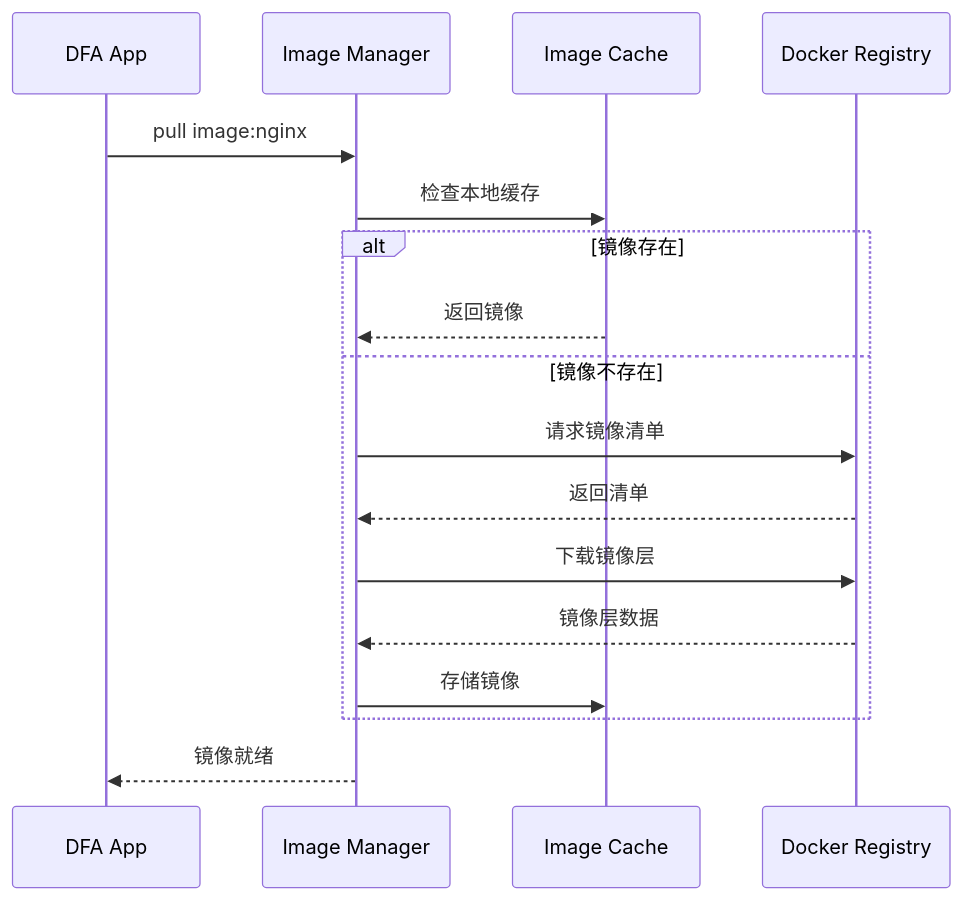
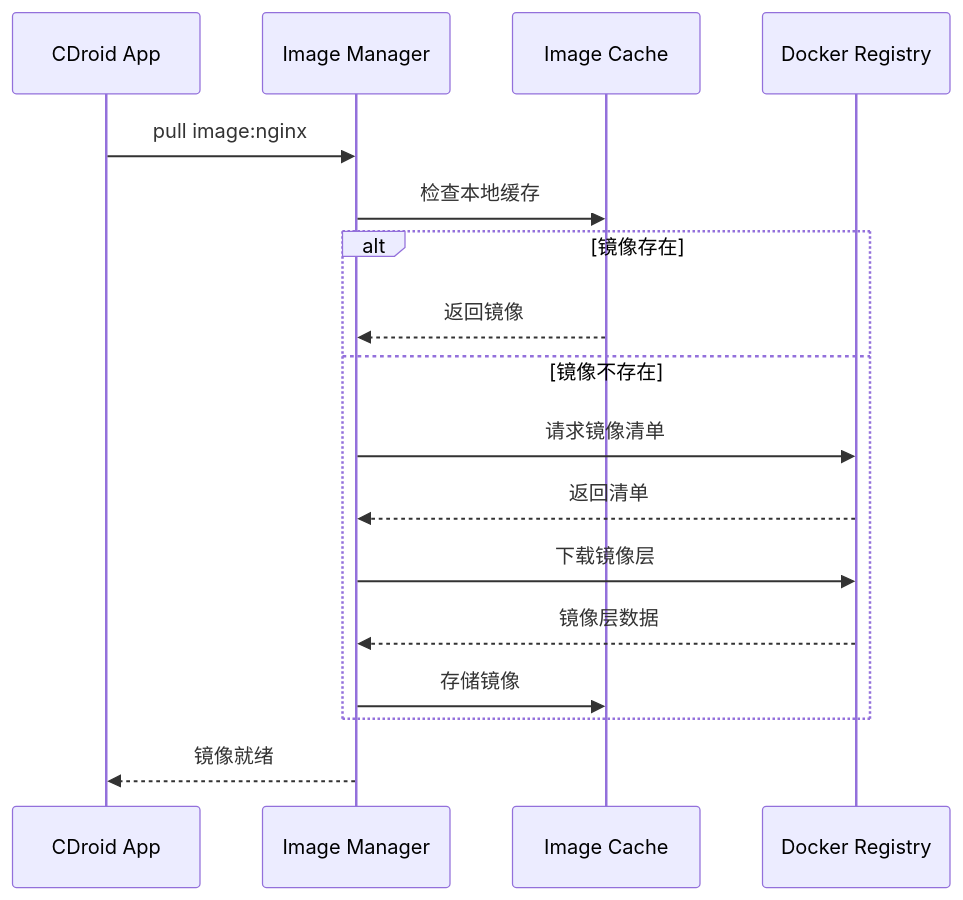
The seventh of 10 diagrams in docs/ARCHITECTURE.md (LineCatOvO/DFA), drawn with Mermaid before and after one commit. The commit also changed other lines of this file and 25 other files, not shown here.

````diff
--- a/docs/ARCHITECTURE.md
+++ b/docs/ARCHITECTURE.md
@@ -294,20 +234,20 @@
 ```mermaid
 sequenceDiagram
-    participant App as DFA App
+    participant App as CDroid App
     participant IM as Image Manager
     participant Cache as Image Cache
     participant Registry as Docker Registry
     
     App->>IM: pull image:nginx
     IM->>Cache: 检查本地缓存
     alt 镜像存在
         Cache-->>IM: 返回镜像
     else 镜像不存在
         IM->>Registry: 请求镜像清单
         Registry-->>IM: 返回清单
         IM->>Registry: 下载镜像层
         Registry-->>IM: 镜像层数据
         IM->>Cache: 存储镜像
     end
     IM-->>App: 镜像就绪
 ```
````
